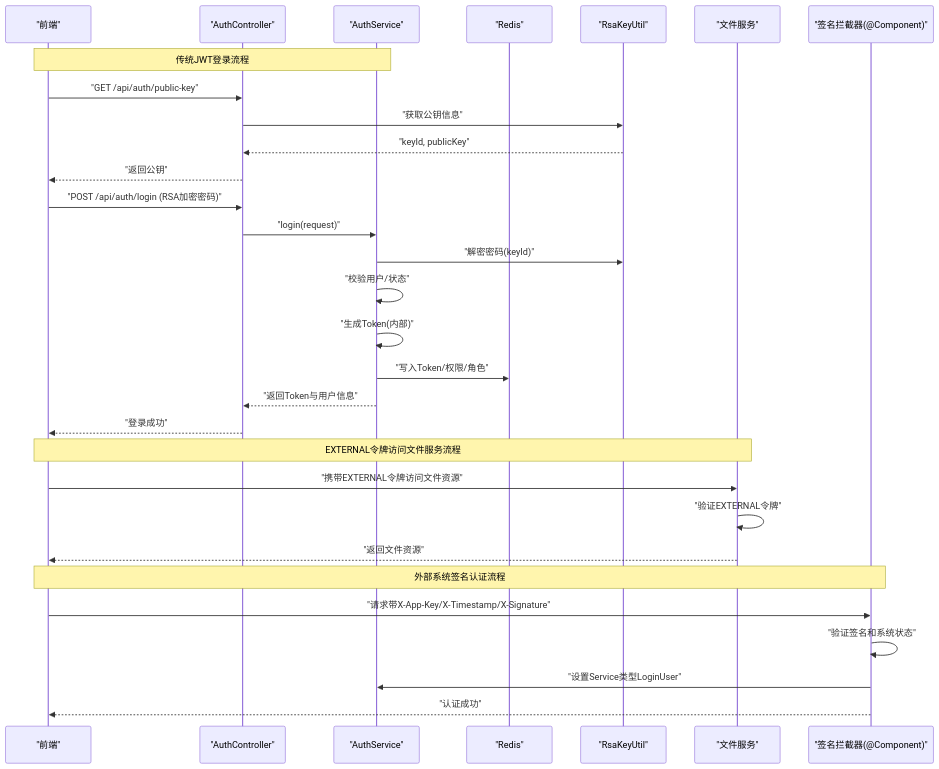
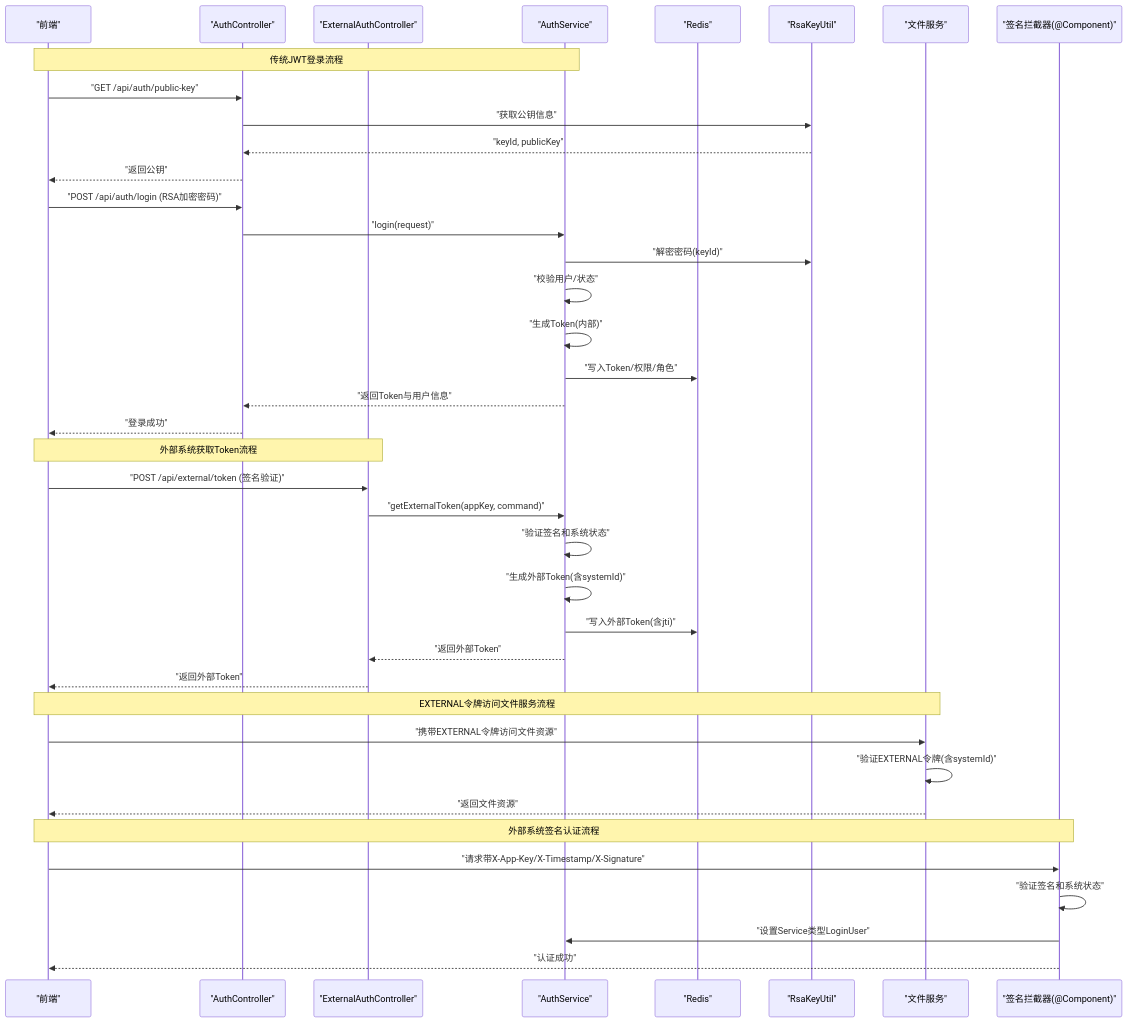
Diagram 14 of 15 in .qoder/repowiki/zh/content/后端服务/公共模块 (ele-ai-tender-common)/安全认证与授权.md (DrunkFood/First), drawn with Mermaid before and after one commit. The commit also changed other lines of this file and 93 other files, not shown here.

````diff
--- a/.qoder/repowiki/zh/content/后端服务/公共模块 (ele-ai-tender-common)/安全认证与授权.md
+++ b/.qoder/repowiki/zh/content/后端服务/公共模块 (ele-ai-tender-common)/安全认证与授权.md
@@ -481,32 +633,41 @@
 ```mermaid
 sequenceDiagram
 participant FE as "前端"
 participant AC as "AuthController"
+participant EAC as "ExternalAuthController"
 participant AS as "AuthService"
 participant Redis as "Redis"
 participant RSA as "RsaKeyUtil"
 participant FileSvc as "文件服务"
 participant SigInt as "签名拦截器(@Component)"
 Note over FE,AS : 传统JWT登录流程
 FE->>AC : "GET /api/auth/public-key"
 AC->>RSA : "获取公钥信息"
 RSA-->>AC : "keyId, publicKey"
 AC-->>FE : "返回公钥"
 FE->>AC : "POST /api/auth/login (RSA加密密码)"
 AC->>AS : "login(request)"
 AS->>RSA : "解密密码(keyId)"
 AS->>AS : "校验用户/状态"
 AS->>AS : "生成Token(内部)"
 AS->>Redis : "写入Token/权限/角色"
 AS-->>AC : "返回Token与用户信息"
 AC-->>FE : "登录成功"
+Note over FE,EAC : 外部系统获取Token流程
+FE->>EAC : "POST /api/external/token (签名验证)"
+EAC->>AS : "getExternalToken(appKey, command)"
+AS->>AS : "验证签名和系统状态"
+AS->>AS : "生成外部Token(含systemId)"
+AS->>Redis : "写入外部Token(含jti)"
+AS-->>EAC : "返回外部Token"
+EAC-->>FE : "返回外部Token"
 Note over FE,FileSvc : EXTERNAL令牌访问文件服务流程
 FE->>FileSvc : "携带EXTERNAL令牌访问文件资源"
-FileSvc->>FileSvc : "验证EXTERNAL令牌"
+FileSvc->>FileSvc : "验证EXTERNAL令牌(含systemId)"
 FileSvc-->>FE : "返回文件资源"
 Note over FE,SigInt : 外部系统签名认证流程
 FE->>SigInt : "请求带X-App-Key/X-Timestamp/X-Signature"
 SigInt->>SigInt : "验证签名和系统状态"
 SigInt->>AS : "设置Service类型LoginUser"
 SigInt-->>FE : "认证成功"
 ```
````
